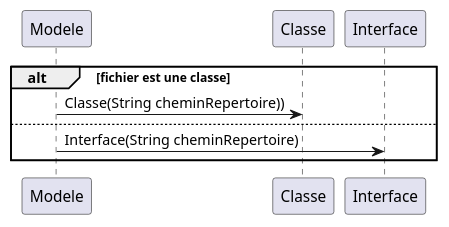
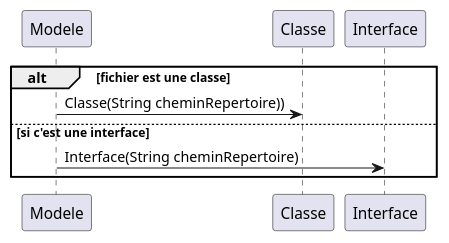
Before and after one commit to Cedran-Bastien/GENERATION-AUTOMATIQUE-DE-DIAGRAMME-DE-CLASSES: the diagram in demo/Conception/Sprint_1/CreationInstance.puml, drawn with PlantUML. The commit also changed 5 other files, not shown here.

```diff
--- a/demo/Conception/Sprint_1/CreationInstance.puml
+++ b/demo/Conception/Sprint_1/CreationInstance.puml
@@ -1,7 +1,7 @@
 @startuml
 alt fichier est une classe
 Modele->Classe:Classe(String cheminRepertoire))
-else
+else si c'est une interface
 Modele->Interface:Interface(String cheminRepertoire)
 end
 @enduml
```
